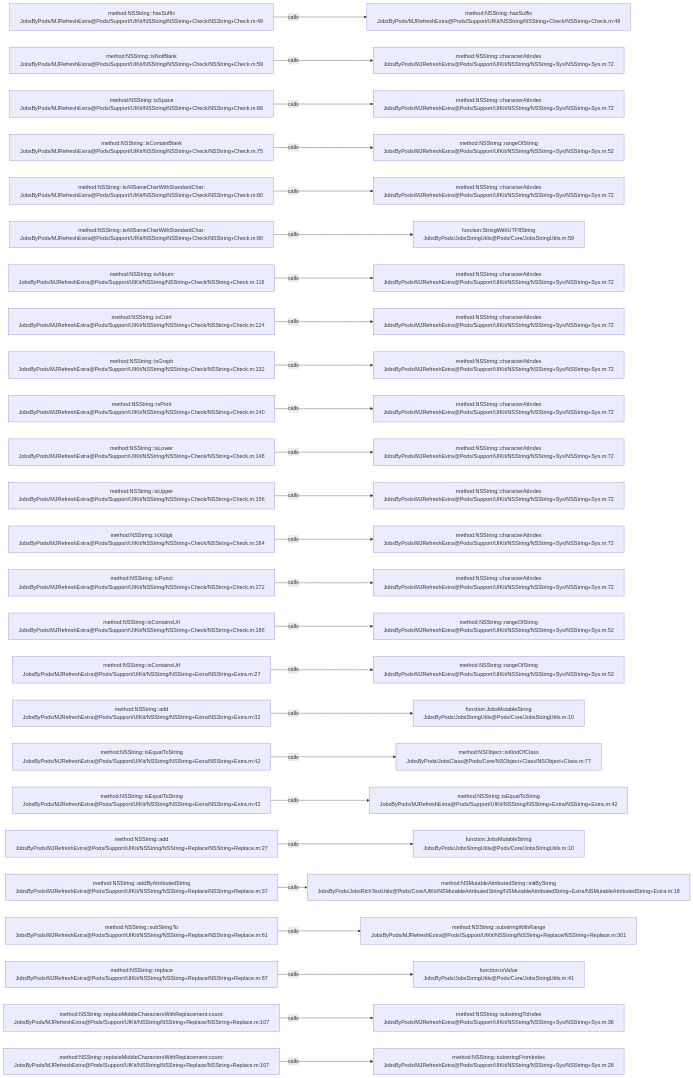
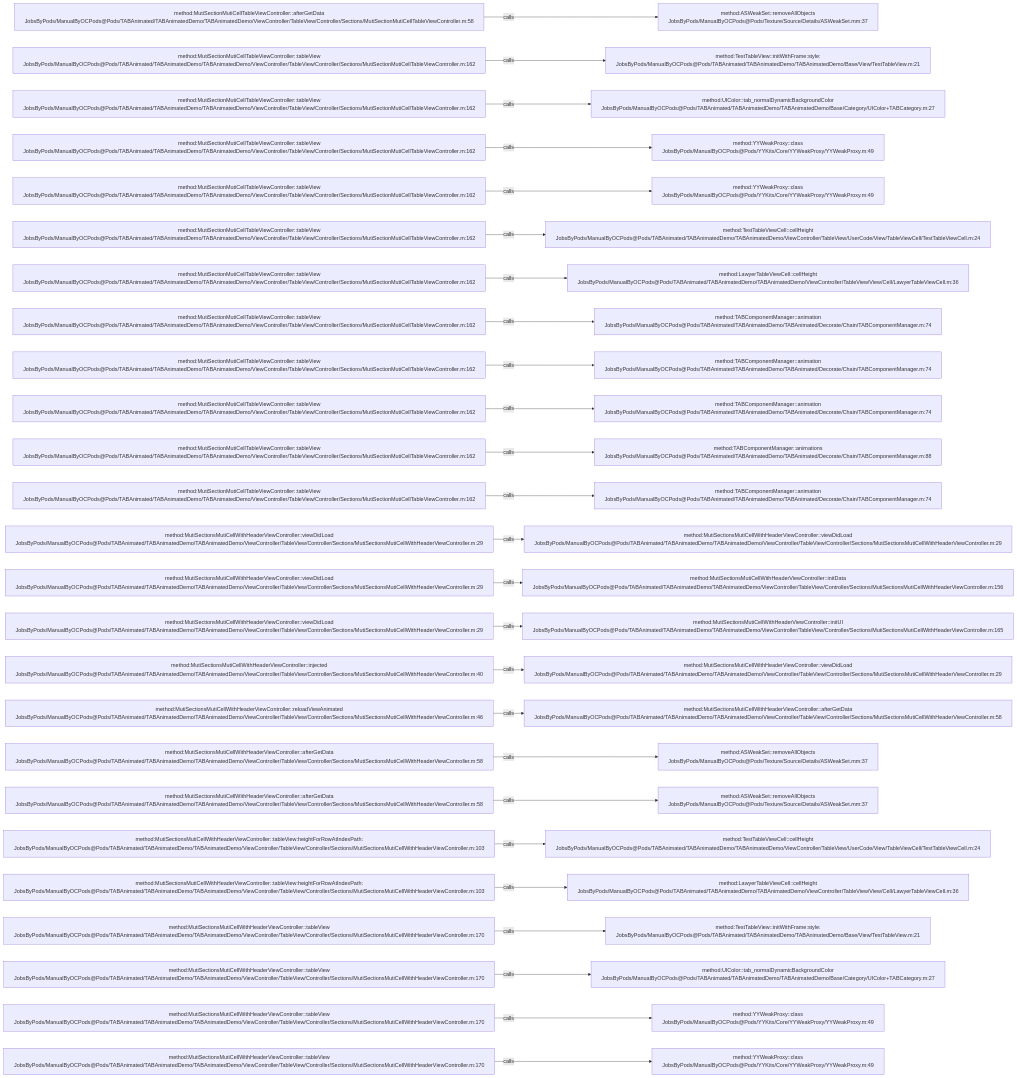
The diagram in .codegraph/codegraph.md/graphs/calls-168.md (JobsKits/JobsOCBaseConfigDemo), drawn with Mermaid before and after one commit. The commit also changed 573 other files, not shown here.

````diff
--- a/.codegraph/codegraph.md/graphs/calls-168.md
+++ b/.codegraph/codegraph.md/graphs/calls-168.md
@@ -13,78 +13,78 @@
 ```mermaid
 flowchart LR
-  S1["method:NSString::hasSuffix<br/>JobsByPods/MJRefreshExtra@Pods/Support/UIKit/NSString/NSString+Check/NSString+Check.m:49"]
-  T1["method:NSString::hasSuffix<br/>JobsByPods/MJRefreshExtra@Pods/Support/UIKit/NSString/NSString+Check/NSString+Check.m:49"]
+  S1["method:MutiSectionMutiCellTableViewController::afterGetData<br/>JobsByPods/ManualByOCPods@Pods/TABAnimated/TABAnimatedDemo/TABAnimatedDemo/ViewController/TableView/Controller/Sections/MutiSectionMutiCellTableViewController.m:58"]
+  T1["method:ASWeakSet::removeAllObjects<br/>JobsByPods/ManualByOCPods@Pods/Texture/Source/Details/ASWeakSet.mm:37"]
   S1 -->|calls| T1
-  S2["method:NSString::isNotBlank<br/>JobsByPods/MJRefreshExtra@Pods/Support/UIKit/NSString/NSString+Check/NSString+Check.m:59"]
-  T2["method:NSString::characterAtIndex<br/>JobsByPods/MJRefreshExtra@Pods/Support/UIKit/NSString/NSString+Sys/NSString+Sys.m:72"]
+  S2["method:MutiSectionMutiCellTableViewController::tableView<br/>JobsByPods/ManualByOCPods@Pods/TABAnimated/TABAnimatedDemo/TABAnimatedDemo/ViewController/TableView/Controller/Sections/MutiSectionMutiCellTableViewController.m:162"]
+  T2["method:TestTableView::initWithFrame:style:<br/>JobsByPods/ManualByOCPods@Pods/TABAnimated/TABAnimatedDemo/TABAnimatedDemo/Base/View/TestTableView.m:21"]
   S2 -->|calls| T2
-  S3["method:NSString::isSpace<br/>JobsByPods/MJRefreshExtra@Pods/Support/UIKit/NSString/NSString+Check/NSString+Check.m:66"]
-  T3["method:NSString::characterAtIndex<br/>JobsByPods/MJRefreshExtra@Pods/Support/UIKit/NSString/NSString+Sys/NSString+Sys.m:72"]
+  S3["method:MutiSectionMutiCellTableViewController::tableView<br/>JobsByPods/ManualByOCPods@Pods/TABAnimated/TABAnimatedDemo/TABAnimatedDemo/ViewController/TableView/Controller/Sections/MutiSectionMutiCellTableViewController.m:162"]
+  T3["method:UIColor::tab_normalDynamicBackgroundColor<br/>JobsByPods/ManualByOCPods@Pods/TABAnimated/TABAnimatedDemo/TABAnimatedDemo/Base/Category/UIColor+TABCategory.m:27"]
   S3 -->|calls| T3
-  S4["method:NSString::isContainBlank<br/>JobsByPods/MJRefreshExtra@Pods/Support/UIKit/NSString/NSString+Check/NSString+Check.m:75"]
-  T4["method:NSString::rangeOfString<br/>JobsByPods/MJRefreshExtra@Pods/Support/UIKit/NSString/NSString+Sys/NSString+Sys.m:52"]
+  S4["method:MutiSectionMutiCellTableViewController::tableView<br/>JobsByPods/ManualByOCPods@Pods/TABAnimated/TABAnimatedDemo/TABAnimatedDemo/ViewController/TableView/Controller/Sections/MutiSectionMutiCellTableViewController.m:162"]
+  T4["method:YYWeakProxy::class<br/>JobsByPods/ManualByOCPods@Pods/YYKits/Core/YYWeakProxy/YYWeakProxy.m:49"]
   S4 -->|calls| T4
-  S5["method:NSString::isAllSameCharWithStandardChar:<br/>JobsByPods/MJRefreshExtra@Pods/Support/UIKit/NSString/NSString+Check/NSString+Check.m:80"]
-  T5["method:NSString::characterAtIndex<br/>JobsByPods/MJRefreshExtra@Pods/Support/UIKit/NSString/NSString+Sys/NSString+Sys.m:72"]
+  S5["method:MutiSectionMutiCellTableViewController::tableView<br/>JobsByPods/ManualByOCPods@Pods/TABAnimated/TABAnimatedDemo/TABAnimatedDemo/ViewController/TableView/Controller/Sections/MutiSectionMutiCellTableViewController.m:162"]
+  T5["method:YYWeakProxy::class<br/>JobsByPods/ManualByOCPods@Pods/YYKits/Core/YYWeakProxy/YYWeakProxy.m:49"]
   S5 -->|calls| T5
-  S6["method:NSString::isAllSameCharWithStandardChar:<br/>JobsByPods/MJRefreshExtra@Pods/Support/UIKit/NSString/NSString+Check/NSString+Check.m:80"]
-  T6["function:StringWithUTF8String<br/>JobsByPods/JobsStringUtils@Pods/Core/JobsStringUtils.m:59"]
+  S6["method:MutiSectionMutiCellTableViewController::tableView<br/>JobsByPods/ManualByOCPods@Pods/TABAnimated/TABAnimatedDemo/TABAnimatedDemo/ViewController/TableView/Controller/Sections/MutiSectionMutiCellTableViewController.m:162"]
+  T6["method:TestTableViewCell::cellHeight<br/>JobsByPods/ManualByOCPods@Pods/TABAnimated/TABAnimatedDemo/TABAnimatedDemo/ViewController/TableView/UserCode/View/TableViewCell/TestTableViewCell.m:24"]
   S6 -->|calls| T6
-  S7["method:NSString::isAlnum<br/>JobsByPods/MJRefreshExtra@Pods/Support/UIKit/NSString/NSString+Check/NSString+Check.m:116"]
-  T7["method:NSString::characterAtIndex<br/>JobsByPods/MJRefreshExtra@Pods/Support/UIKit/NSString/NSString+Sys/NSString+Sys.m:72"]
+  S7["method:MutiSectionMutiCellTableViewController::tableView<br/>JobsByPods/ManualByOCPods@Pods/TABAnimated/TABAnimatedDemo/TABAnimatedDemo/ViewController/TableView/Controller/Sections/MutiSectionMutiCellTableViewController.m:162"]
+  T7["method:LawyerTableViewCell::cellHeight<br/>JobsByPods/ManualByOCPods@Pods/TABAnimated/TABAnimatedDemo/TABAnimatedDemo/ViewController/TableView/View/Cell/LawyerTableViewCell.m:36"]
   S7 -->|calls| T7
-  S8["method:NSString::isCntrl<br/>JobsByPods/MJRefreshExtra@Pods/Support/UIKit/NSString/NSString+Check/NSString+Check.m:124"]
-  T8["method:NSString::characterAtIndex<br/>JobsByPods/MJRefreshExtra@Pods/Support/UIKit/NSString/NSString+Sys/NSString+Sys.m:72"]
+  S8["method:MutiSectionMutiCellTableViewController::tableView<br/>JobsByPods/ManualByOCPods@Pods/TABAnimated/TABAnimatedDemo/TABAnimatedDemo/ViewController/TableView/Controller/Sections/MutiSectionMutiCellTableViewController.m:162"]
+  T8["method:TABComponentManager::animation<br/>JobsByPods/ManualByOCPods@Pods/TABAnimated/TABAnimatedDemo/TABAnimated/Decorate/Chain/TABComponentManager.m:74"]
   S8 -->|calls| T8
-  S9["method:NSString::isGraph<br/>JobsByPods/MJRefreshExtra@Pods/Support/UIKit/NSString/NSString+Check/NSString+Check.m:132"]
-  T9["method:NSString::characterAtIndex<br/>JobsByPods/MJRefreshExtra@Pods/Support/UIKit/NSString/NSString+Sys/NSString+Sys.m:72"]
+  S9["method:MutiSectionMutiCellTableViewController::tableView<br/>JobsByPods/ManualByOCPods@Pods/TABAnimated/TABAnimatedDemo/TABAnimatedDemo/ViewController/TableView/Controller/Sections/MutiSectionMutiCellTableViewController.m:162"]
+  T9["method:TABComponentManager::animation<br/>JobsByPods/ManualByOCPods@Pods/TABAnimated/TABAnimatedDemo/TABAnimated/Decorate/Chain/TABComponentManager.m:74"]
   S9 -->|calls| T9
-  S10["method:NSString::isPrint<br/>JobsByPods/MJRefreshExtra@Pods/Support/UIKit/NSString/NSString+Check/NSString+Check.m:140"]
-  T10["method:NSString::characterAtIndex<br/>JobsByPods/MJRefreshExtra@Pods/Support/UIKit/NSString/NSString+Sys/NSString+Sys.m:72"]
+  S10["method:MutiSectionMutiCellTableViewController::tableView<br/>JobsByPods/ManualByOCPods@Pods/TABAnimated/TABAnimatedDemo/TABAnimatedDemo/ViewController/TableView/Controller/Sections/MutiSectionMutiCellTableViewController.m:162"]
+  T10["method:TABComponentManager::animation<br/>JobsByPods/ManualByOCPods@Pods/TABAnimated/TABAnimatedDemo/TABAnimated/Decorate/Chain/TABComponentManager.m:74"]
   S10 -->|calls| T10
-  S11["method:NSString::isLower<br/>JobsByPods/MJRefreshExtra@Pods/Support/UIKit/NSString/NSString+Check/NSString+Check.m:148"]
-  T11["method:NSString::characterAtIndex<br/>JobsByPods/MJRefreshExtra@Pods/Support/UIKit/NSString/NSString+Sys/NSString+Sys.m:72"]
+  S11["method:MutiSectionMutiCellTableViewController::tableView<br/>JobsByPods/ManualByOCPods@Pods/TABAnimated/TABAnimatedDemo/TABAnimatedDemo/ViewController/TableView/Controller/Sections/MutiSectionMutiCellTableViewController.m:162"]
+  T11["method:TABComponentManager::animations<br/>JobsByPods/ManualByOCPods@Pods/TABAnimated/TABAnimatedDemo/TABAnimated/Decorate/Chain/TABComponentManager.m:88"]
   S11 -->|calls| T11
-  S12["method:NSString::isUpper<br/>JobsByPods/MJRefreshExtra@Pods/Support/UIKit/NSString/NSString+Check/NSString+Check.m:156"]
-  T12["method:NSString::characterAtIndex<br/>JobsByPods/MJRefreshExtra@Pods/Support/UIKit/NSString/NSString+Sys/NSString+Sys.m:72"]
+  S12["method:MutiSectionMutiCellTableViewController::tableView<br/>JobsByPods/ManualByOCPods@Pods/TABAnimated/TABAnimatedDemo/TABAnimatedDemo/ViewController/TableView/Controller/Sections/MutiSectionMutiCellTableViewController.m:162"]
+  T12["method:TABComponentManager::animation<br/>JobsByPods/ManualByOCPods@Pods/TABAnimated/TABAnimatedDemo/TABAnimated/Decorate/Chain/TABComponentManager.m:74"]
   S12 -->|calls| T12
-  S13["method:NSString::isXdigit<br/>JobsByPods/MJRefreshExtra@Pods/Support/UIKit/NSString/NSString+Check/NSString+Check.m:164"]
-  T13["method:NSString::characterAtIndex<br/>JobsByPods/MJRefreshExtra@Pods/Support/UIKit/NSString/NSString+Sys/NSString+Sys.m:72"]
+  S13["method:MutiSectionsMutiCellWithHeaderViewController::viewDidLoad<br/>JobsByPods/ManualByOCPods@Pods/TABAnimated/TABAnimatedDemo/TABAnimatedDemo/ViewController/TableView/Controller/Sections/MutiSectionsMutiCellWithHeaderViewController.m:29"]
+  T13["method:MutiSectionsMutiCellWithHeaderViewController::viewDidLoad<br/>JobsByPods/ManualByOCPods@Pods/TABAnimated/TABAnimatedDemo/TABAnimatedDemo/ViewController/TableView/Controller/Sections/MutiSectionsMutiCellWithHeaderViewController.m:29"]
   S13 -->|calls| T13
-  S14["method:NSString::isPunct<br/>JobsByPods/MJRefreshExtra@Pods/Support/UIKit/NSString/NSString+Check/NSString+Check.m:172"]
-  T14["method:NSString::characterAtIndex<br/>JobsByPods/MJRefreshExtra@Pods/Support/UIKit/NSString/NSString+Sys/NSString+Sys.m:72"]
+  S14["method:MutiSectionsMutiCellWithHeaderViewController::viewDidLoad<br/>JobsByPods/ManualByOCPods@Pods/TABAnimated/TABAnimatedDemo/TABAnimatedDemo/ViewController/TableView/Controller/Sections/MutiSectionsMutiCellWithHeaderViewController.m:29"]
+  T14["method:MutiSectionsMutiCellWithHeaderViewController::initData<br/>JobsByPods/ManualByOCPods@Pods/TABAnimated/TABAnimatedDemo/TABAnimatedDemo/ViewController/TableView/Controller/Sections/MutiSectionsMutiCellWithHeaderViewController.m:156"]
   S14 -->|calls| T14
-  S15["method:NSString::isContainsUrl<br/>JobsByPods/MJRefreshExtra@Pods/Support/UIKit/NSString/NSString+Check/NSString+Check.m:186"]
-  T15["method:NSString::rangeOfString<br/>JobsByPods/MJRefreshExtra@Pods/Support/UIKit/NSString/NSString+Sys/NSString+Sys.m:52"]
+  S15["method:MutiSectionsMutiCellWithHeaderViewController::viewDidLoad<br/>JobsByPods/ManualByOCPods@Pods/TABAnimated/TABAnimatedDemo/TABAnimatedDemo/ViewController/TableView/Controller/Sections/MutiSectionsMutiCellWithHeaderViewController.m:29"]
+  T15["method:MutiSectionsMutiCellWithHeaderViewController::initUI<br/>JobsByPods/ManualByOCPods@Pods/TABAnimated/TABAnimatedDemo/TABAnimatedDemo/ViewController/TableView/Controller/Sections/MutiSectionsMutiCellWithHeaderViewController.m:165"]
   S15 -->|calls| T15
-  S16["method:NSString::isContainsUrl<br/>JobsByPods/MJRefreshExtra@Pods/Support/UIKit/NSString/NSString+Extra/NSString+Extra.m:27"]
-  T16["method:NSString::rangeOfString<br/>JobsByPods/MJRefreshExtra@Pods/Support/UIKit/NSString/NSString+Sys/NSString+Sys.m:52"]
+  S16["method:MutiSectionsMutiCellWithHeaderViewController::injected<br/>JobsByPods/ManualByOCPods@Pods/TABAnimated/TABAnimatedDemo/TABAnimatedDemo/ViewController/TableView/Controller/Sections/MutiSectionsMutiCellWithHeaderViewController.m:40"]
+  T16["method:MutiSectionsMutiCellWithHeaderViewController::viewDidLoad<br/>JobsByPods/ManualByOCPods@Pods/TABAnimated/TABAnimatedDemo/TABAnimatedDemo/ViewController/TableView/Controller/Sections/MutiSectionsMutiCellWithHeaderViewController.m:29"]
   S16 -->|calls| T16
-  S17["method:NSString::add<br/>JobsByPods/MJRefreshExtra@Pods/Support/UIKit/NSString/NSString+Extra/NSString+Extra.m:32"]
-  T17["function:JobsMutableString<br/>JobsByPods/JobsStringUtils@Pods/Core/JobsStringUtils.m:10"]
+  S17["method:MutiSectionsMutiCellWithHeaderViewController::reloadViewAnimated<br/>JobsByPods/ManualByOCPods@Pods/TABAnimated/TABAnimatedDemo/TABAnimatedDemo/ViewController/TableView/Controller/Sections/MutiSectionsMutiCellWithHeaderViewController.m:46"]
+  T17["method:MutiSectionsMutiCellWithHeaderViewController::afterGetData<br/>JobsByPods/ManualByOCPods@Pods/TABAnimated/TABAnimatedDemo/TABAnimatedDemo/ViewController/TableView/Controller/Sections/MutiSectionsMutiCellWithHeaderViewController.m:58"]
   S17 -->|calls| T17
-  S18["method:NSString::isEqualToString<br/>JobsByPods/MJRefreshExtra@Pods/Support/UIKit/NSString/NSString+Extra/NSString+Extra.m:42"]
-  T18["method:NSObject::isKindOfClass<br/>JobsByPods/JobsClass@Pods/Core/NSObject+Class/NSObject+Class.m:77"]
+  S18["method:MutiSectionsMutiCellWithHeaderViewController::afterGetData<br/>JobsByPods/ManualByOCPods@Pods/TABAnimated/TABAnimatedDemo/TABAnimatedDemo/ViewController/TableView/Controller/Sections/MutiSectionsMutiCellWithHeaderViewController.m:58"]
+  T18["method:ASWeakSet::removeAllObjects<br/>JobsByPods/ManualByOCPods@Pods/Texture/Source/Details/ASWeakSet.mm:37"]
   S18 -->|calls| T18
-  S19["method:NSString::isEqualToString<br/>JobsByPods/MJRefreshExtra@Pods/Support/UIKit/NSString/NSString+Extra/NSString+Extra.m:42"]
-  T19["method:NSString::isEqualToString<br/>JobsByPods/MJRefreshExtra@Pods/Support/UIKit/NSString/NSString+Extra/NSString+Extra.m:42"]
+  S19["method:MutiSectionsMutiCellWithHeaderViewController::afterGetData<br/>JobsByPods/ManualByOCPods@Pods/TABAnimated/TABAnimatedDemo/TABAnimatedDemo/ViewController/TableView/Controller/Sections/MutiSectionsMutiCellWithHeaderViewController.m:58"]
+  T19["method:ASWeakSet::removeAllObjects<br/>JobsByPods/ManualByOCPods@Pods/Texture/Source/Details/ASWeakSet.mm:37"]
   S19 -->|calls| T19
-  S20["method:NSString::add<br/>JobsByPods/MJRefreshExtra@Pods/Support/UIKit/NSString/NSString+Replace/NSString+Replace.m:27"]
-  T20["function:JobsMutableString<br/>JobsByPods/JobsStringUtils@Pods/Core/JobsStringUtils.m:10"]
+  S20["method:MutiSectionsMutiCellWithHeaderViewController::tableView:heightForRowAtIndexPath:<br/>JobsByPods/ManualByOCPods@Pods/TABAnimated/TABAnimatedDemo/TABAnimatedDemo/ViewController/TableView/Controller/Sections/MutiSectionsMutiCellWithHeaderViewController.m:103"]
+  T20["method:TestTableViewCell::cellHeight<br/>JobsByPods/ManualByOCPods@Pods/TABAnimated/TABAnimatedDemo/TABAnimatedDemo/ViewController/TableView/UserCode/View/TableViewCell/TestTableViewCell.m:24"]
   S20 -->|calls| T20
-  S21["method:NSString::addByAttributedString<br/>JobsByPods/MJRefreshExtra@Pods/Support/UIKit/NSString/NSString+Replace/NSString+Replace.m:37"]
-  T21["method:NSMutableAttributedString::initByString<br/>JobsByPods/JobsRichTextUtils@Pods/Core/UIKit/NSMutableAttributedString/NSMutableAttributedString+Extra/NSMutableAttributedString+Extra.m:18"]
+  S21["method:MutiSectionsMutiCellWithHeaderViewController::tableView:heightForRowAtIndexPath:<br/>JobsByPods/ManualByOCPods@Pods/TABAnimated/TABAnimatedDemo/TABAnimatedDemo/ViewController/TableView/Controller/Sections/MutiSectionsMutiCellWithHeaderViewController.m:103"]
+  T21["method:LawyerTableViewCell::cellHeight<br/>JobsByPods/ManualByOCPods@Pods/TABAnimated/TABAnimatedDemo/TABAnimatedDemo/ViewController/TableView/View/Cell/LawyerTableViewCell.m:36"]
   S21 -->|calls| T21
-  S22["method:NSString::subStringTo<br/>JobsByPods/MJRefreshExtra@Pods/Support/UIKit/NSString/NSString+Replace/NSString+Replace.m:61"]
-  T22["method:NSString::substringWithRange<br/>JobsByPods/MJRefreshExtra@Pods/Support/UIKit/NSString/NSString+Replace/NSString+Replace.m:301"]
+  S22["method:MutiSectionsMutiCellWithHeaderViewController::tableView<br/>JobsByPods/ManualByOCPods@Pods/TABAnimated/TABAnimatedDemo/TABAnimatedDemo/ViewController/TableView/Controller/Sections/MutiSectionsMutiCellWithHeaderViewController.m:170"]
+  T22["method:TestTableView::initWithFrame:style:<br/>JobsByPods/ManualByOCPods@Pods/TABAnimated/TABAnimatedDemo/TABAnimatedDemo/Base/View/TestTableView.m:21"]
   S22 -->|calls| T22
-  S23["method:NSString::replace<br/>JobsByPods/MJRefreshExtra@Pods/Support/UIKit/NSString/NSString+Replace/NSString+Replace.m:87"]
-  T23["function:isValue<br/>JobsByPods/JobsStringUtils@Pods/Core/JobsStringUtils.m:41"]
+  S23["method:MutiSectionsMutiCellWithHeaderViewController::tableView<br/>JobsByPods/ManualByOCPods@Pods/TABAnimated/TABAnimatedDemo/TABAnimatedDemo/ViewController/TableView/Controller/Sections/MutiSectionsMutiCellWithHeaderViewController.m:170"]
+  T23["method:UIColor::tab_normalDynamicBackgroundColor<br/>JobsByPods/ManualByOCPods@Pods/TABAnimated/TABAnimatedDemo/TABAnimatedDemo/Base/Category/UIColor+TABCategory.m:27"]
   S23 -->|calls| T23
-  S24["method:NSString::replaceMiddleCharactersWithReplacement:count:<br/>JobsByPods/MJRefreshExtra@Pods/Support/UIKit/NSString/NSString+Replace/NSString+Replace.m:107"]
-  T24["method:NSString::substringToIndex<br/>JobsByPods/MJRefreshExtra@Pods/Support/UIKit/NSString/NSString+Sys/NSString+Sys.m:36"]
+  S24["method:MutiSectionsMutiCellWithHeaderViewController::tableView<br/>JobsByPods/ManualByOCPods@Pods/TABAnimated/TABAnimatedDemo/TABAnimatedDemo/ViewController/TableView/Controller/Sections/MutiSectionsMutiCellWithHeaderViewController.m:170"]
+  T24["method:YYWeakProxy::class<br/>JobsByPods/ManualByOCPods@Pods/YYKits/Core/YYWeakProxy/YYWeakProxy.m:49"]
   S24 -->|calls| T24
-  S25["method:NSString::replaceMiddleCharactersWithReplacement:count:<br/>JobsByPods/MJRefreshExtra@Pods/Support/UIKit/NSString/NSString+Replace/NSString+Replace.m:107"]
-  T25["method:NSString::substringFromIndex<br/>JobsByPods/MJRefreshExtra@Pods/Support/UIKit/NSString/NSString+Sys/NSString+Sys.m:28"]
+  S25["method:MutiSectionsMutiCellWithHeaderViewController::tableView<br/>JobsByPods/ManualByOCPods@Pods/TABAnimated/TABAnimatedDemo/TABAnimatedDemo/ViewController/TableView/Controller/Sections/MutiSectionsMutiCellWithHeaderViewController.m:170"]
+  T25["method:YYWeakProxy::class<br/>JobsByPods/ManualByOCPods@Pods/YYKits/Core/YYWeakProxy/YYWeakProxy.m:49"]
   S25 -->|calls| T25
 ```
````
